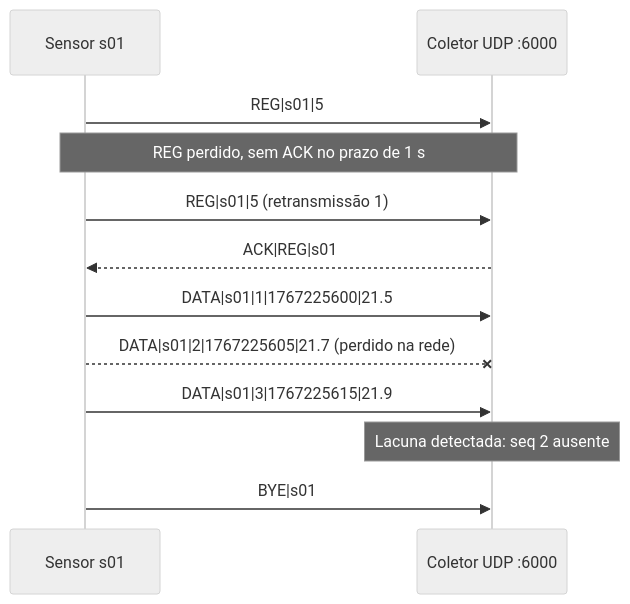
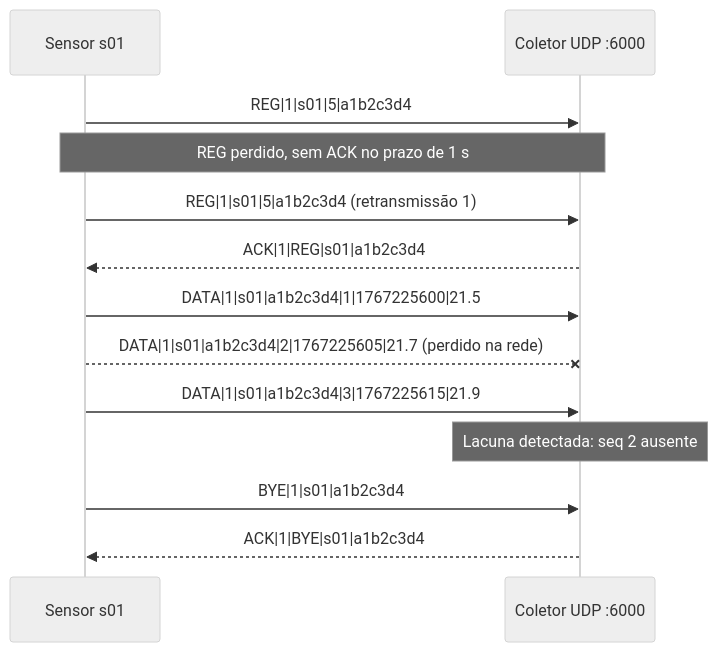
One commit to M-Machado1/trabalho-redes changed the second of 3 diagrams in README.md. Above: the diagram before and after it, drawn with Mermaid (neutral theme). The commit also changed other lines of this file and 3 other files, not shown here.

````diff
--- a/README.md
+++ b/README.md
@@ -55,14 +55,15 @@
 ```mermaid
 sequenceDiagram
     participant S as Sensor s01
     participant C as Coletor UDP :6000
-    S->>C: REG|s01|5
+    S->>C: REG|1|s01|5|a1b2c3d4
     Note over S,C: REG perdido, sem ACK no prazo de 1 s
-    S->>C: REG|s01|5 (retransmissão 1)
-    C-->>S: ACK|REG|s01
-    S->>C: DATA|s01|1|1767225600|21.5
-    S--xC: DATA|s01|2|1767225605|21.7 (perdido na rede)
-    S->>C: DATA|s01|3|1767225615|21.9
+    S->>C: REG|1|s01|5|a1b2c3d4 (retransmissão 1)
+    C-->>S: ACK|1|REG|s01|a1b2c3d4
+    S->>C: DATA|1|s01|a1b2c3d4|1|1767225600|21.5
+    S--xC: DATA|1|s01|a1b2c3d4|2|1767225605|21.7 (perdido na rede)
+    S->>C: DATA|1|s01|a1b2c3d4|3|1767225615|21.9
     Note over C: Lacuna detectada: seq 2 ausente
-    S->>C: BYE|s01
+    S->>C: BYE|1|s01|a1b2c3d4
+    C-->>S: ACK|1|BYE|s01|a1b2c3d4
 ```
````
